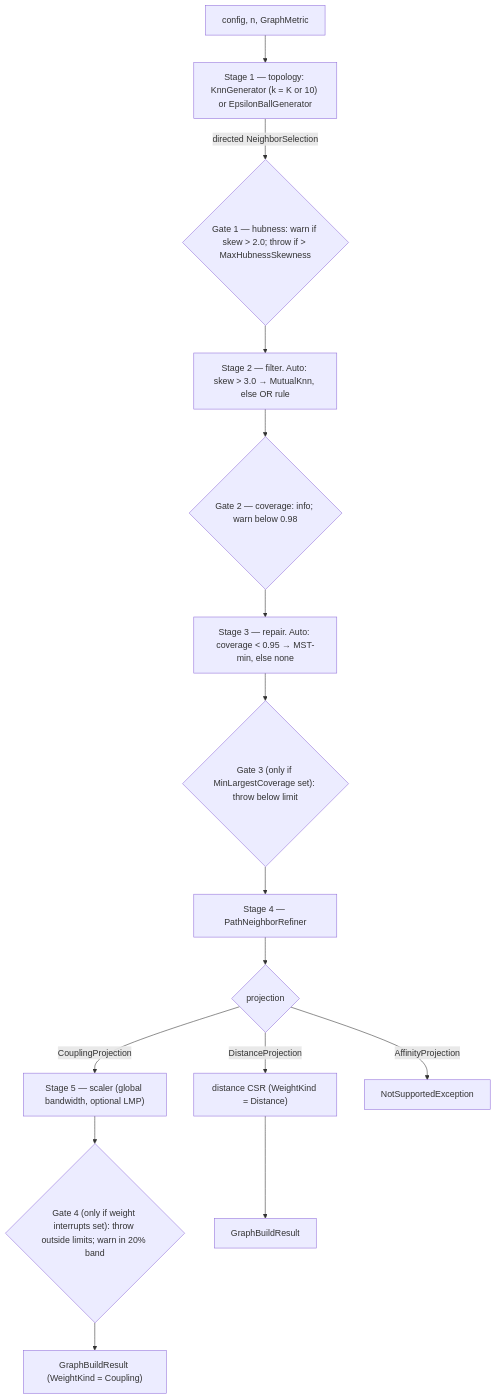
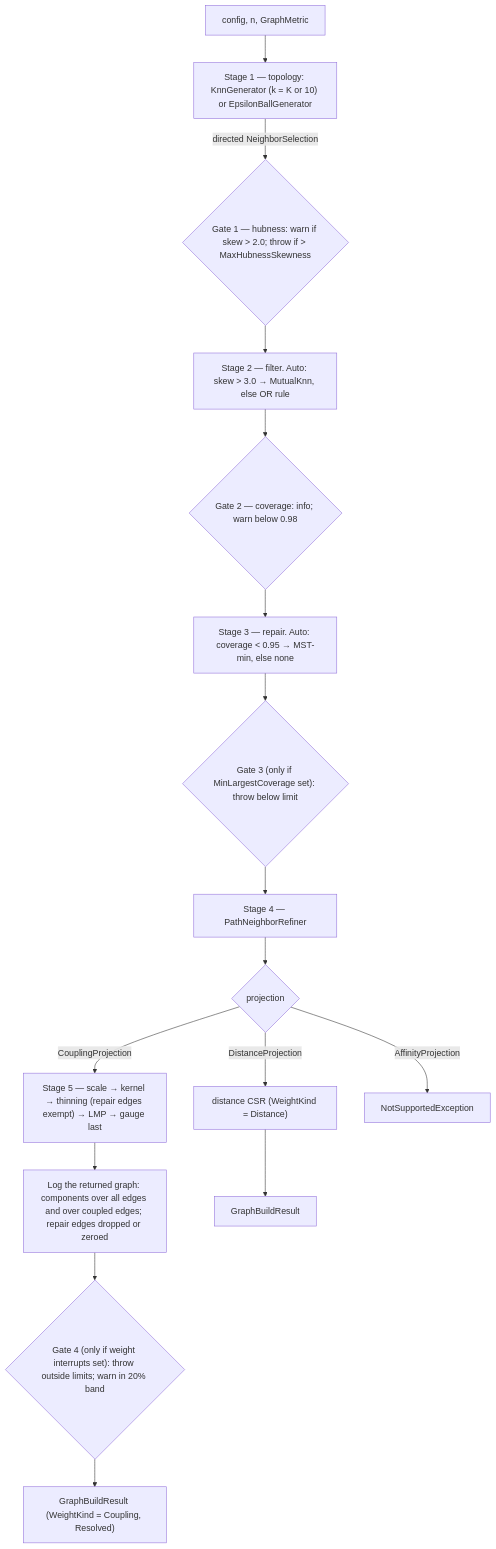
Before and after one commit to aghado01/ThermoMapper: the diagram in docs/Graphs/GraphConstruction.md, drawn with Mermaid. The commit also changed other lines of this file and 7 other files, not shown here.

First line of the commit message:
docs(graphs): the compiler's order of operations, the decided choices with their alternatives, and the knob register

````diff
--- a/docs/Graphs/GraphConstruction.md
+++ b/docs/Graphs/GraphConstruction.md
@@ -25,17 +25,18 @@
 ```mermaid
 flowchart TD
   A["config, n, GraphMetric"] --> S1["Stage 1 — topology: KnnGenerator (k = K or 10) or EpsilonBallGenerator"]
   S1 -->|directed NeighborSelection| G1{"Gate 1 — hubness: warn if skew > 2.0; throw if > MaxHubnessSkewness"}
   G1 --> S2["Stage 2 — filter. Auto: skew > 3.0 → MutualKnn, else OR rule"]
   S2 --> G2{"Gate 2 — coverage: info; warn below 0.98"}
   G2 --> S3["Stage 3 — repair. Auto: coverage < 0.95 → MST-min, else none"]
   S3 --> G3{"Gate 3 (only if MinLargestCoverage set): throw below limit"}
   G3 --> S4["Stage 4 — PathNeighborRefiner"]
   S4 --> P{"projection"}
   P -->|DistanceProjection| RD["distance CSR (WeightKind = Distance)"]
-  P -->|CouplingProjection| S5["Stage 5 — scaler (global bandwidth, optional LMP)"]
+  P -->|CouplingProjection| S5["Stage 5 — scale → kernel → thinning (repair edges exempt) → LMP → gauge last"]
   P -->|AffinityProjection| X["NotSupportedException"]
-  S5 --> G4{"Gate 4 (only if weight interrupts set): throw outside limits; warn in 20% band"}
-  G4 --> R["GraphBuildResult (WeightKind = Coupling)"]
+  S5 --> RG["Log the returned graph: components over all edges and over coupled edges; repair edges dropped or zeroed"]
+  RG --> G4{"Gate 4 (only if weight interrupts set): throw outside limits; warn in 20% band"}
+  G4 --> R["GraphBuildResult (WeightKind = Coupling, Resolved)"]
   RD --> R2["GraphBuildResult"]
 ```
````
